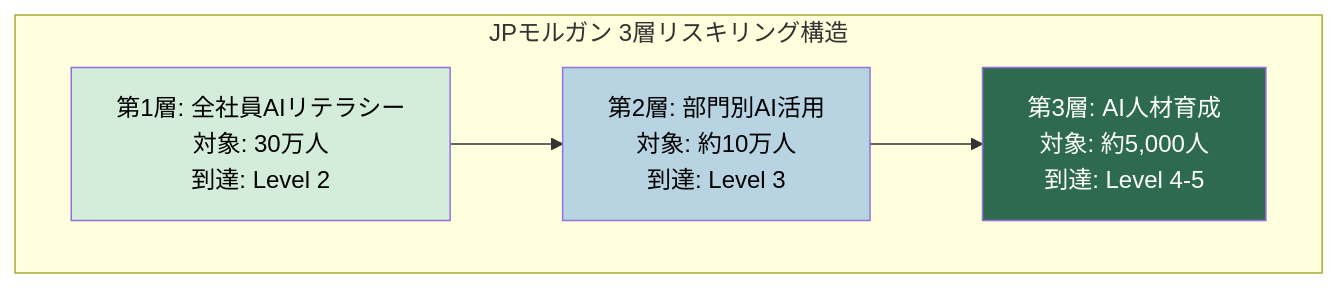
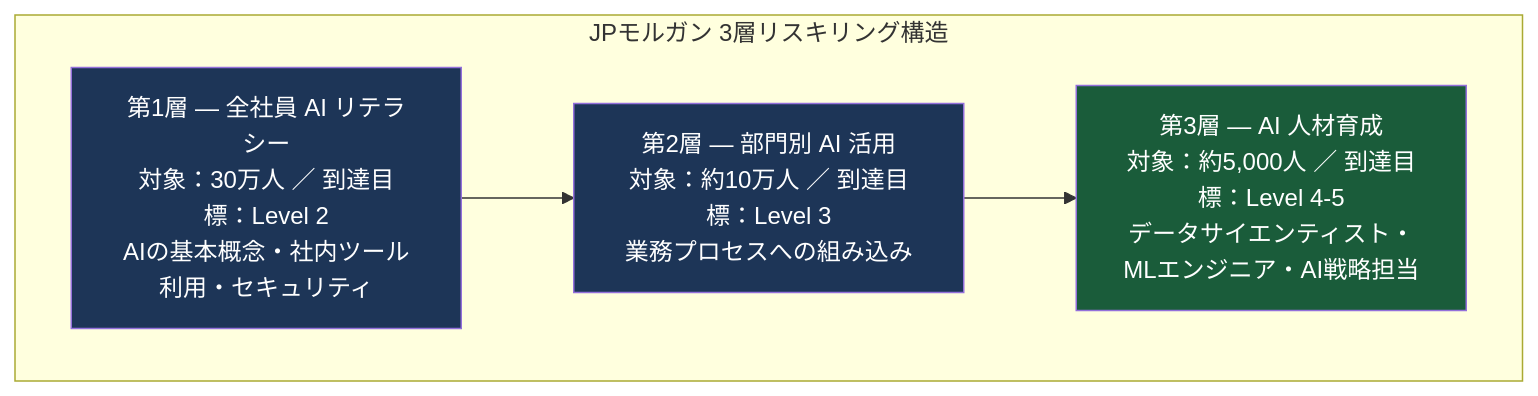
The tenth of 14 diagrams in docs/jp/the-ai-organization_JP.md (Leading-AI-IO/the-ai-organization), drawn with Mermaid before and after one commit. The commit also changed other lines of this file, not shown here.

````diff
--- a/docs/jp/the-ai-organization_JP.md
+++ b/docs/jp/the-ai-organization_JP.md
@@ -978,14 +982,13 @@
 ```mermaid
 graph TD
-    subgraph "JPモルガン 3層リスキリング構造"
-        A["第1層: 全社員AIリテラシー<br/>対象: 30万人<br/>到達: Level 2"] 
-        B["第2層: 部門別AI活用<br/>対象: 約10万人<br/>到達: Level 3"]
-        C["第3層: AI人材育成<br/>対象: 約5,000人<br/>到達: Level 4-5"]
+    subgraph JP["JPモルガン 3層リスキリング構造"]
+        A["第1層 — 全社員 AI リテラシー<br/>対象：30万人 ／ 到達目標：Level 2<br/>AIの基本概念・社内ツール利用・セキュリティ"]
+        B["第2層 — 部門別 AI 活用<br/>対象：約10万人 ／ 到達目標：Level 3<br/>業務プロセスへの組み込み"]
+        C["第3層 — AI 人材育成<br/>対象：約5,000人 ／ 到達目標：Level 4-5<br/>データサイエンティスト・MLエンジニア・AI戦略担当"]
+        A --> B --> C
     end
 
-    A --> B --> C
-
-    style A fill:#d4edda,color:#000
-    style B fill:#b8d4e3,color:#000
-    style C fill:#2d6a4f,color:#fff
+    style A fill:#1d3557,color:#fff
+    style B fill:#1d3557,color:#fff
+    style C fill:#1a5c3a,color:#fff
 ```
````
